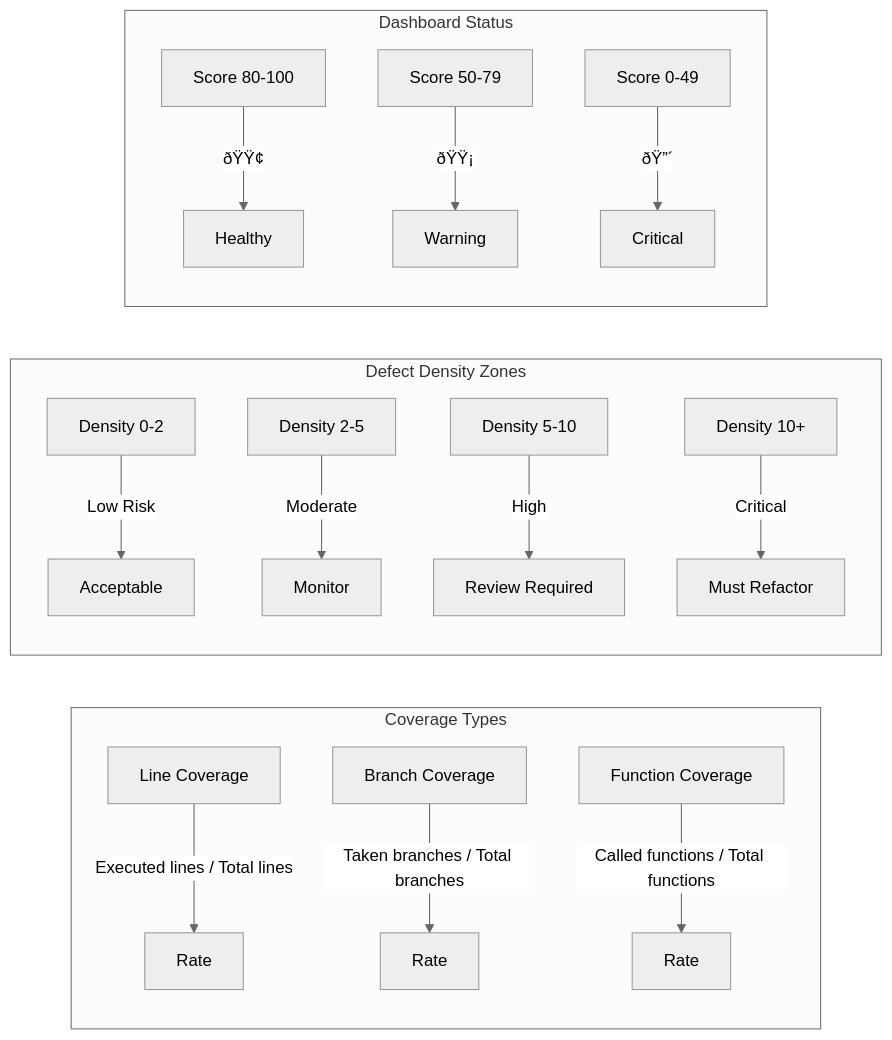
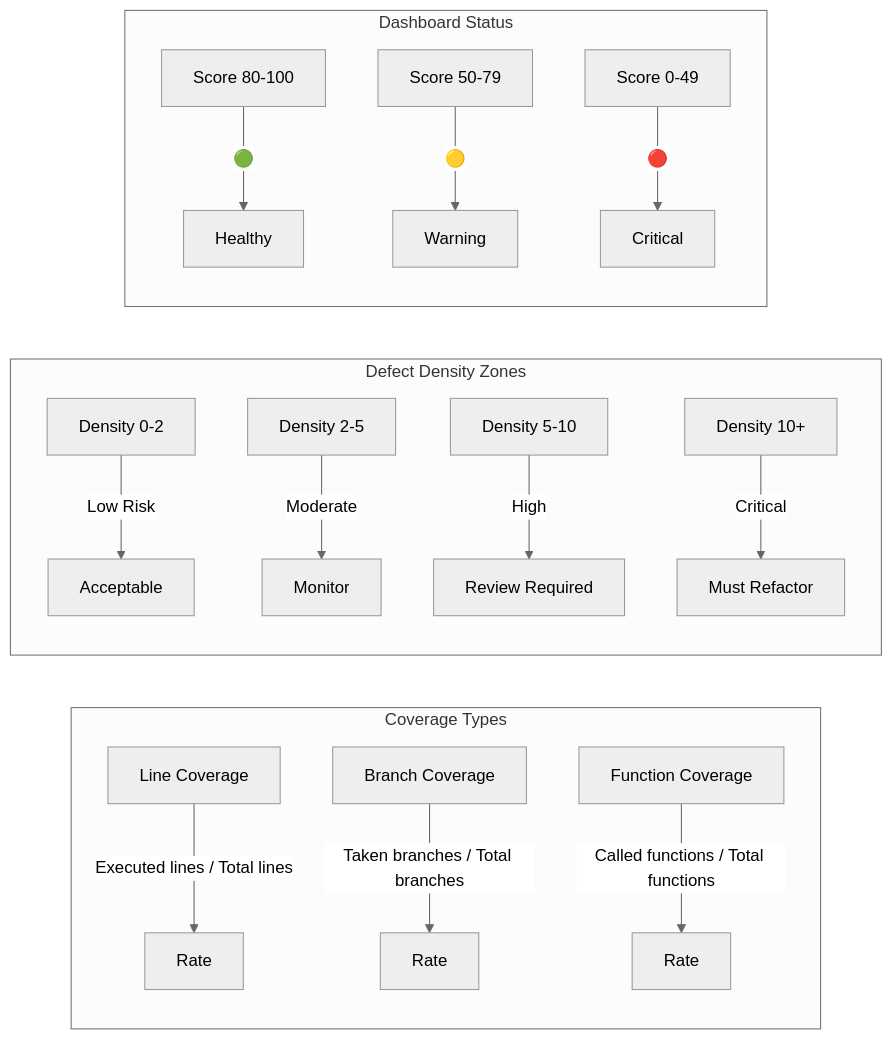
The eighth of 9 diagrams in docs/courses/software-engineering/09-quality-management.md (Raushan666java/ai-engineering-journey), drawn with Mermaid (neutral theme) before and after one commit. The commit also changed other lines of this file and 965 other files, not shown here.

````diff
--- a/docs/courses/software-engineering/09-quality-management.md
+++ b/docs/courses/software-engineering/09-quality-management.md
@@ -1317,19 +1317,19 @@
 ```mermaid
 graph LR
     subgraph "Coverage Types"
         LC[Line Coverage] -->|Executed lines / Total lines| LR[Rate]
         BC[Branch Coverage] -->|Taken branches / Total branches| BR[Rate]
         FC[Function Coverage] -->|Called functions / Total functions| FR[Rate]
     end
     subgraph "Defect Density Zones"
         D1[Density 0-2] -->|Low Risk| ACCEPT[Acceptable]
         D2[Density 2-5] -->|Moderate| MONITOR[Monitor]
         D3[Density 5-10] -->|High| REVIEW[Review Required]
         D4[Density 10+] -->|Critical| IMMEDIATE[Must Refactor]
     end
     subgraph "Dashboard Status"
-        DS1[Score 80-100] -->|ðŸŸ¢| HLTH[Healthy]
-        DS2[Score 50-79] -->|ðŸŸ¡| WARN[Warning]
-        DS3[Score 0-49] -->|ðŸ”´| CRIT[Critical]
+        DS1[Score 80-100] -->|🟢| HLTH[Healthy]
+        DS2[Score 50-79] -->|🟡| WARN[Warning]
+        DS3[Score 0-49] -->|🔴| CRIT[Critical]
     end
 ```
````
